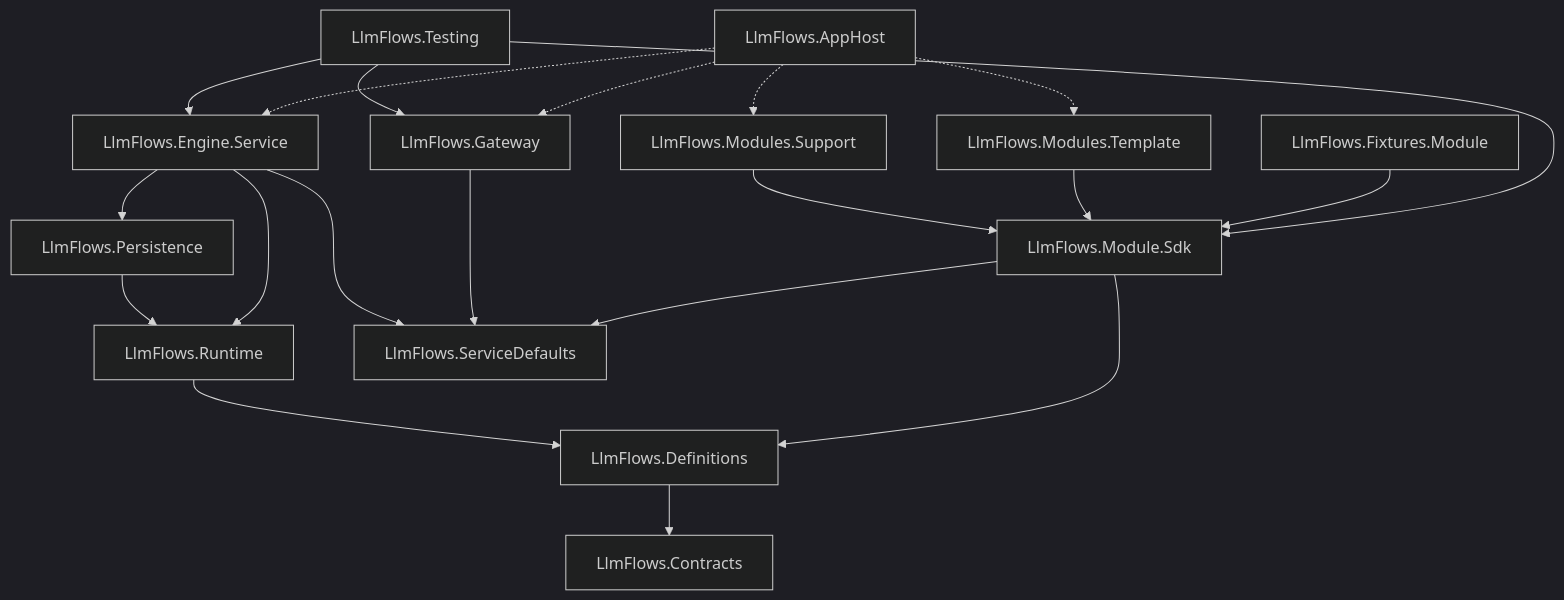
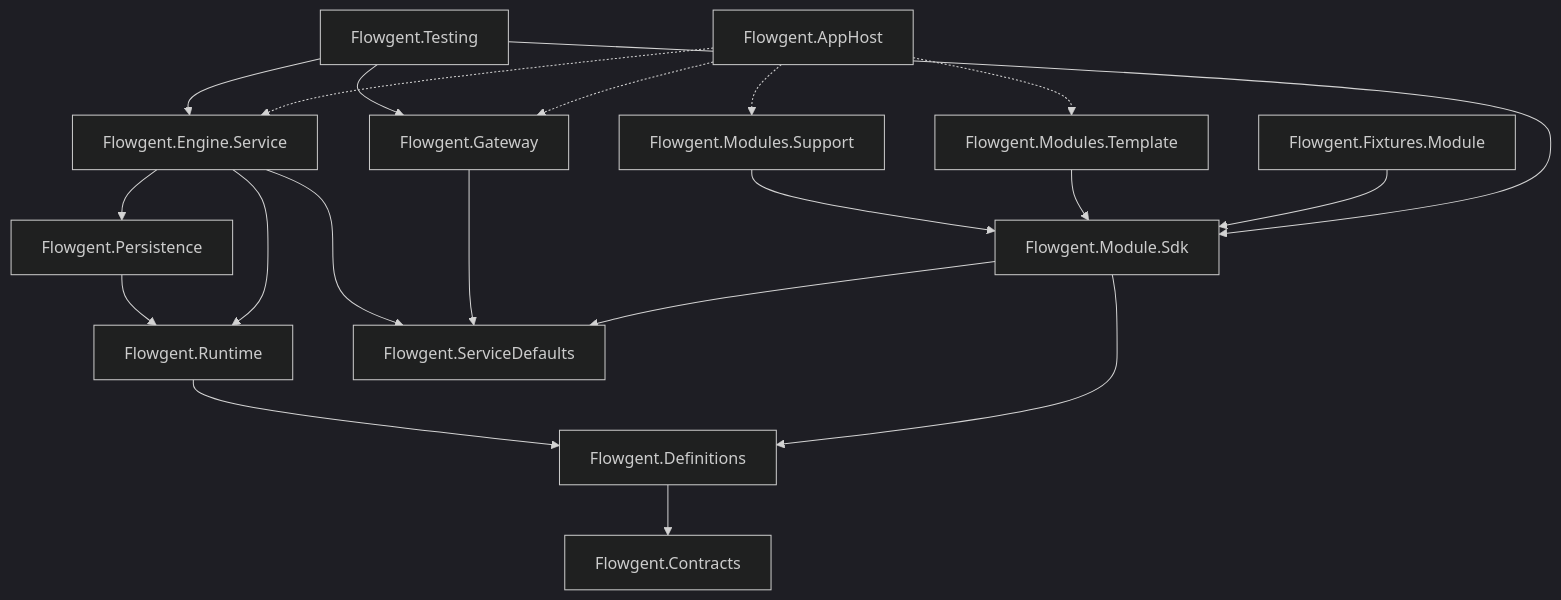
Before and after one commit to GabrieleTronchin/AiSupportWorkflow: the second of 2 diagrams in .kiro/specs/llm-flow-modules/design.md, drawn with Mermaid (dark theme). The commit also changed other lines of this file and 279 other files, not shown here.

First line of the commit message:
Rename LlmFlows to Flowgent across backend, dashboard, docs and config

````diff
--- a/.kiro/specs/llm-flow-modules/design.md
+++ b/.kiro/specs/llm-flow-modules/design.md
@@ -54,15 +54,15 @@
 ```mermaid
 graph TD
-    Contracts[LlmFlows.Contracts]
-    Definitions[LlmFlows.Definitions] --> Contracts
-    Runtime[LlmFlows.Runtime] --> Definitions
-    Persistence[LlmFlows.Persistence] --> Runtime
-    EngineSvc[LlmFlows.Engine.Service] --> Runtime & Persistence & Defaults
-    Gateway[LlmFlows.Gateway] --> Defaults[LlmFlows.ServiceDefaults]
-    Sdk[LlmFlows.Module.Sdk] --> Definitions & Defaults
-    Support[LlmFlows.Modules.Support] --> Sdk
-    Template[LlmFlows.Modules.Template] --> Sdk
-    Fixture[LlmFlows.Fixtures.Module] --> Sdk
-    Testing[LlmFlows.Testing] --> EngineSvc & Gateway & Sdk
-    AppHost[LlmFlows.AppHost] -.-> EngineSvc & Gateway & Support & Template
+    Contracts[Flowgent.Contracts]
+    Definitions[Flowgent.Definitions] --> Contracts
+    Runtime[Flowgent.Runtime] --> Definitions
+    Persistence[Flowgent.Persistence] --> Runtime
+    EngineSvc[Flowgent.Engine.Service] --> Runtime & Persistence & Defaults
+    Gateway[Flowgent.Gateway] --> Defaults[Flowgent.ServiceDefaults]
+    Sdk[Flowgent.Module.Sdk] --> Definitions & Defaults
+    Support[Flowgent.Modules.Support] --> Sdk
+    Template[Flowgent.Modules.Template] --> Sdk
+    Fixture[Flowgent.Fixtures.Module] --> Sdk
+    Testing[Flowgent.Testing] --> EngineSvc & Gateway & Sdk
+    AppHost[Flowgent.AppHost] -.-> EngineSvc & Gateway & Support & Template
 ```
````
